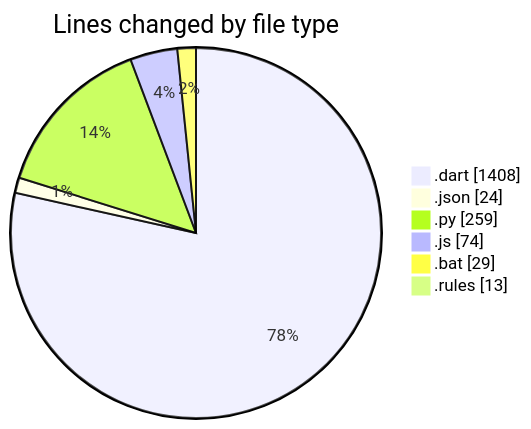
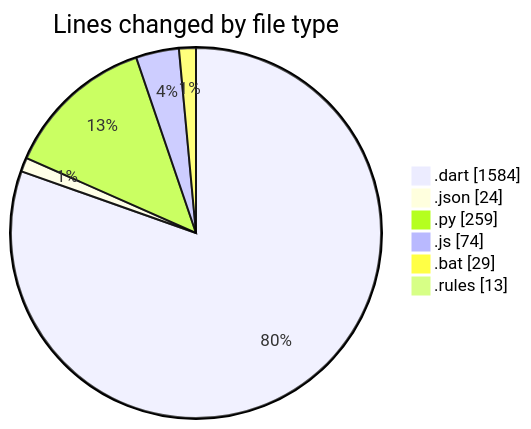
The first of 2 diagrams in 2025-08-04/studybuddy/README.md (lephambinh05/code-tracking), drawn with Mermaid before and after one commit. The commit also changed other lines of this file and 1 other file, not shown here.

````diff
--- a/2025-08-04/studybuddy/README.md
+++ b/2025-08-04/studybuddy/README.md
@@ -39,10 +40,10 @@
 ```mermaid
 pie showData
 title Lines changed by file type
-".dart" : 1408
+".dart" : 1584
 ".json" : 24
 ".py" : 259
 ".js" : 74
 ".bat" : 29
 ".rules" : 13
 ```
````
